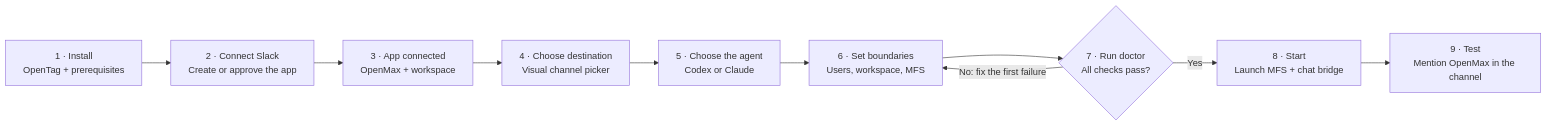
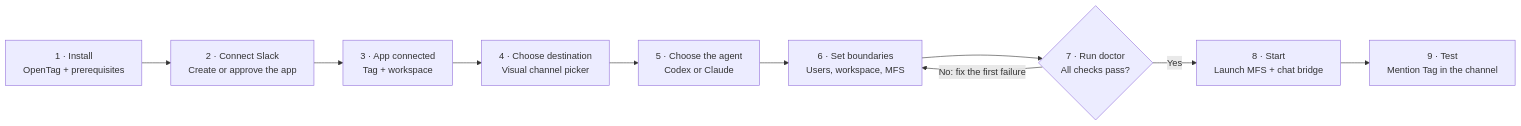
One commit to klovr-co/hover-tag changed the second of 18 diagrams in docs/user-flows.md. Above: the diagram before and after it, drawn with Mermaid. The commit also changed other lines of this file and 17 other files, not shown here.

````diff
--- a/docs/user-flows.md
+++ b/docs/user-flows.md
@@ -78,16 +78,16 @@
 ```mermaid
 flowchart LR
     A["1 · Install<br/>OpenTag + prerequisites"]
     B["2 · Connect Slack<br/>Create or approve the app"]
-    C["3 · App connected<br/>OpenMax + workspace"]
+    C["3 · App connected<br/>Tag + workspace"]
     D["4 · Choose destination<br/>Visual channel picker"]
     E["5 · Choose the agent<br/>Codex or Claude"]
     F["6 · Set boundaries<br/>Users, workspace, MFS"]
     G{"7 · Run doctor<br/>All checks pass?"}
     H["8 · Start<br/>Launch MFS + chat bridge"]
-    I["9 · Test<br/>Mention OpenMax in the channel"]
+    I["9 · Test<br/>Mention Tag in the channel"]
 
     A --> B --> C --> D --> E --> F --> G
     G -->|No: fix the first failure| F
     G -->|Yes| H --> I
 ```
````
